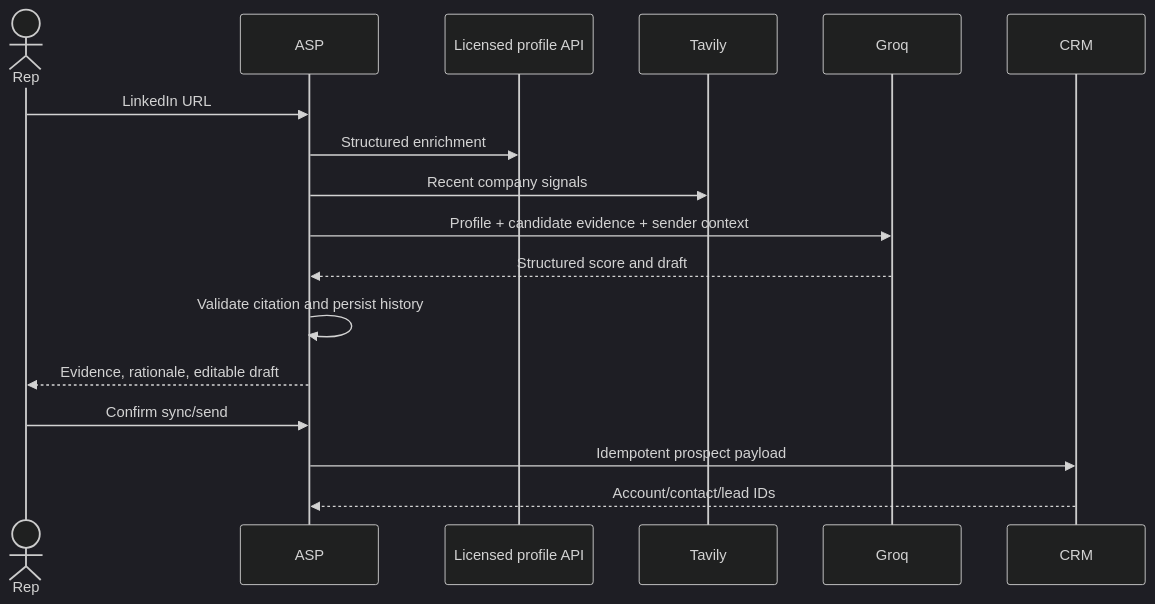
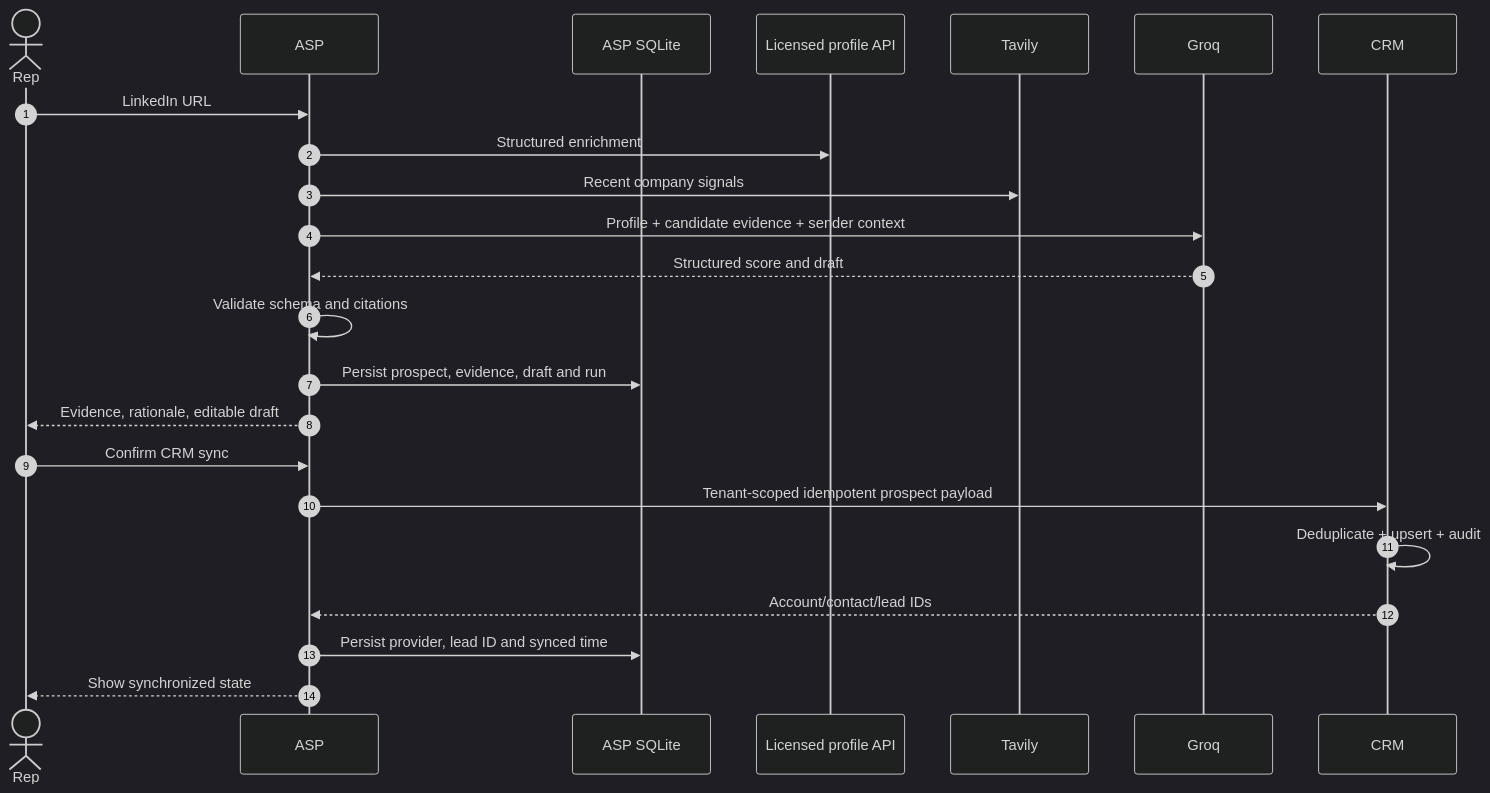
One commit to HamzaAhmedKhan786/autonomous-sales-prospector changed the diagram in docs/flow.md. Above: the diagram before and after it, drawn with Mermaid (dark theme). The commit also changed other lines of this file and 7 other files, not shown here.

Commit message:
Show CRM sync state and improve product documentation

````diff
--- a/docs/flow.md
+++ b/docs/flow.md
@@ -3,19 +3,25 @@
 ```mermaid
 sequenceDiagram
+  autonumber
   actor Rep
   participant ASP
+  participant History as ASP SQLite
   participant Profile as Licensed profile API
   participant Tavily
   participant Groq
   participant CRM
   Rep->>ASP: LinkedIn URL
   ASP->>Profile: Structured enrichment
   ASP->>Tavily: Recent company signals
   ASP->>Groq: Profile + candidate evidence + sender context
   Groq-->>ASP: Structured score and draft
-  ASP->>ASP: Validate citation and persist history
+  ASP->>ASP: Validate schema and citations
+  ASP->>History: Persist prospect, evidence, draft and run
   ASP-->>Rep: Evidence, rationale, editable draft
-  Rep->>ASP: Confirm sync/send
-  ASP->>CRM: Idempotent prospect payload
+  Rep->>ASP: Confirm CRM sync
+  ASP->>CRM: Tenant-scoped idempotent prospect payload
+  CRM->>CRM: Deduplicate + upsert + audit
   CRM-->>ASP: Account/contact/lead IDs
+  ASP->>History: Persist provider, lead ID and synced time
+  ASP-->>Rep: Show synchronized state
 ```
````
